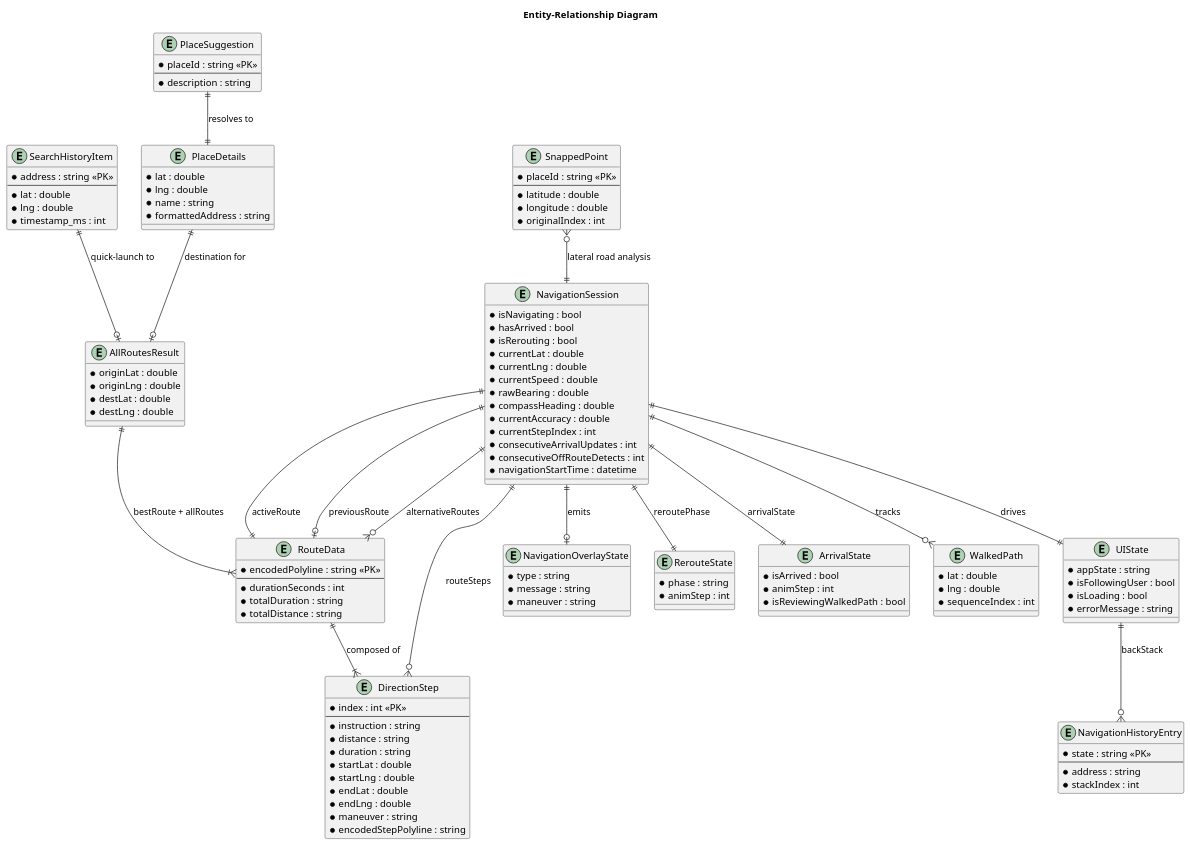
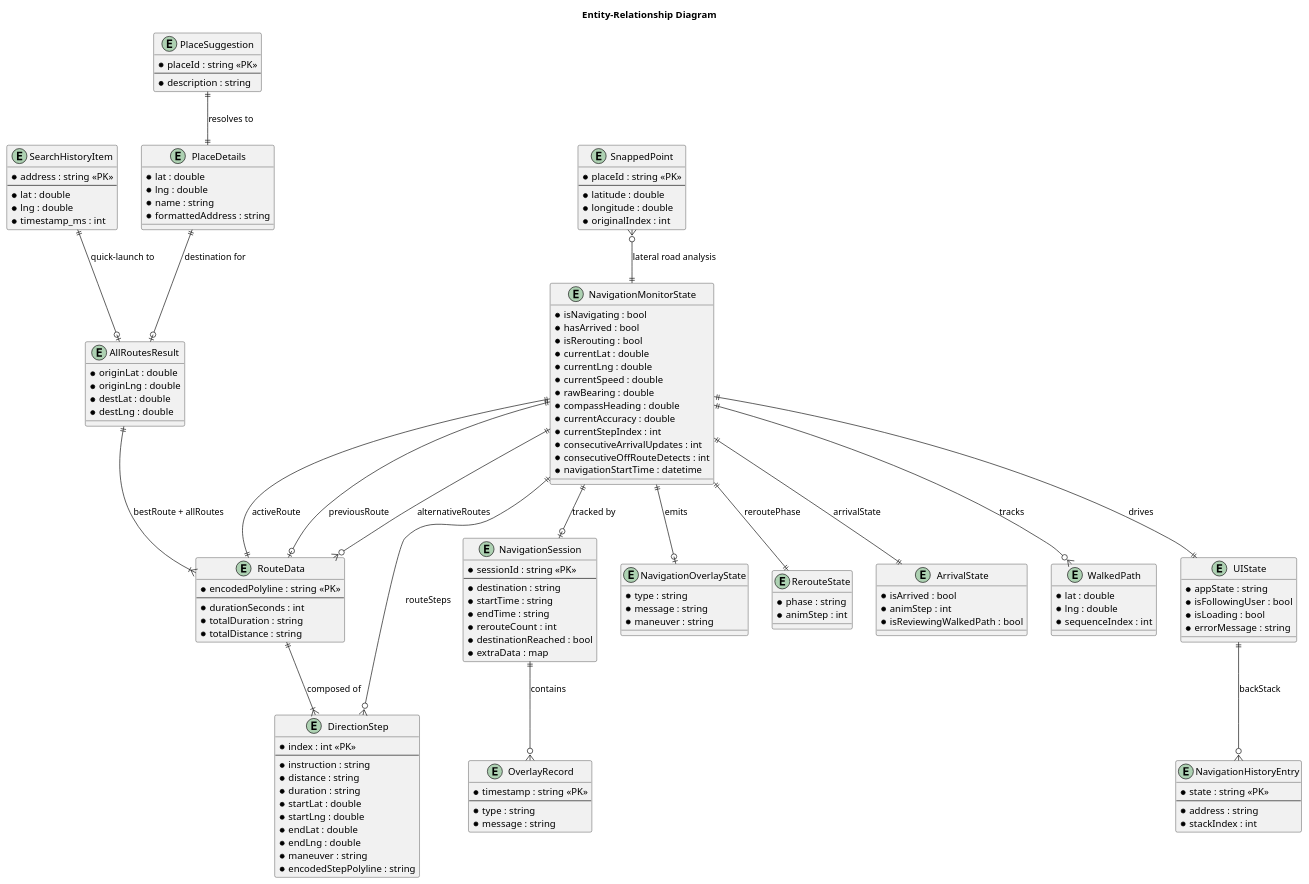
One commit to Falco483/PII changed the diagram in lib/documentazione finale/er_diagram.puml. Above: the diagram before and after it, drawn with PlantUML. The commit also changed 7 other files, not shown here.

```diff
--- a/lib/documentazione finale/er_diagram.puml
+++ b/lib/documentazione finale/er_diagram.puml
@@ -1,132 +1,152 @@
 @startuml
 title Entity-Relationship Diagram
 
 entity "SearchHistoryItem" as SearchHistoryItem {
   * address : string <<PK>>
   --
   * lat : double
   * lng : double
   * timestamp_ms : int
 }
 
 entity "PlaceSuggestion" as PlaceSuggestion {
   * placeId : string <<PK>>
   --
   * description : string
 }
 
 entity "PlaceDetails" as PlaceDetails {
   * lat : double
   * lng : double
   * name : string
   * formattedAddress : string
 }
 
 entity "DirectionStep" as DirectionStep {
   * index : int <<PK>>
   --
   * instruction : string
   * distance : string
   * duration : string
   * startLat : double
   * startLng : double
   * endLat : double
   * endLng : double
   * maneuver : string
   * encodedStepPolyline : string
 }
 
 entity "RouteData" as RouteData {
   * encodedPolyline : string <<PK>>
   --
   * durationSeconds : int
   * totalDuration : string
   * totalDistance : string
 }
 
 entity "AllRoutesResult" as AllRoutesResult {
   * originLat : double
   * originLng : double
   * destLat : double
   * destLng : double
 }
 
-entity "NavigationSession" as NavigationSession {
+entity "NavigationMonitorState" as NavigationMonitorState {
   * isNavigating : bool
   * hasArrived : bool
   * isRerouting : bool
   * currentLat : double
   * currentLng : double
   * currentSpeed : double
   * rawBearing : double
   * compassHeading : double
   * currentAccuracy : double
   * currentStepIndex : int
   * consecutiveArrivalUpdates : int
   * consecutiveOffRouteDetects : int
   * navigationStartTime : datetime
+}
+
+entity "NavigationSession" as NavigationSession {
+  * sessionId : string <<PK>>
+  --
+  * destination : string
+  * startTime : string
+  * endTime : string
+  * rerouteCount : int
+  * destinationReached : bool
+  * extraData : map
+}
+
+entity "OverlayRecord" as OverlayRecord {
+  * timestamp : string <<PK>>
+  --
+  * type : string
+  * message : string
 }
 
 entity "NavigationOverlayState" as NavigationOverlayState {
   * type : string
   * message : string
   * maneuver : string
 }
 
 entity "RerouteState" as RerouteState {
   * phase : string
   * animStep : int
 }
 
 entity "ArrivalState" as ArrivalState {
   * isArrived : bool
   * animStep : int
   * isReviewingWalkedPath : bool
 }
 
 entity "WalkedPath" as WalkedPath {
   * lat : double
   * lng : double
   * sequenceIndex : int
 }
 
 entity "UIState" as UIState {
   * appState : string
   * isFollowingUser : bool
   * isLoading : bool
   * errorMessage : string
 }
 
 entity "SnappedPoint" as SnappedPoint {
   * placeId : string <<PK>>
   --
   * latitude : double
   * longitude : double
   * originalIndex : int
 }
 
 entity "NavigationHistoryEntry" as NavigationHistoryEntry {
   * state : string <<PK>>
   --
   * address : string
   * stackIndex : int
 }
 
 AllRoutesResult ||--|{ RouteData : "bestRoute + allRoutes"
 RouteData ||--|{ DirectionStep : "composed of"
-NavigationSession ||--|| RouteData : "activeRoute"
-NavigationSession ||--o| RouteData : "previousRoute"
-NavigationSession ||--o{ RouteData : "alternativeRoutes"
-NavigationSession ||--o{ DirectionStep : "routeSteps"
-NavigationSession ||--o{ WalkedPath : "tracks"
-NavigationSession ||--o| NavigationOverlayState : "emits"
-NavigationSession ||--|| RerouteState : "reroutePhase"
-NavigationSession ||--|| ArrivalState : "arrivalState"
-NavigationSession ||--|| UIState : "drives"
+NavigationMonitorState ||--|| RouteData : "activeRoute"
+NavigationMonitorState ||--o| RouteData : "previousRoute"
+NavigationMonitorState ||--o{ RouteData : "alternativeRoutes"
+NavigationMonitorState ||--o{ DirectionStep : "routeSteps"
+NavigationMonitorState ||--o{ WalkedPath : "tracks"
+NavigationMonitorState ||--o| NavigationOverlayState : "emits"
+NavigationMonitorState ||--|| RerouteState : "reroutePhase"
+NavigationMonitorState ||--|| ArrivalState : "arrivalState"
+NavigationMonitorState ||--|| UIState : "drives"
 UIState ||--o{ NavigationHistoryEntry : "backStack"
 PlaceSuggestion ||--|| PlaceDetails : "resolves to"
 PlaceDetails ||--o| AllRoutesResult : "destination for"
 SearchHistoryItem ||--o| AllRoutesResult : "quick-launch to"
-SnappedPoint }o--|| NavigationSession : "lateral road analysis"
+SnappedPoint }o--|| NavigationMonitorState : "lateral road analysis"
+NavigationSession ||--o{ OverlayRecord : "contains"
+NavigationMonitorState ||--o| NavigationSession : "tracked by"
 
 @enduml
```
